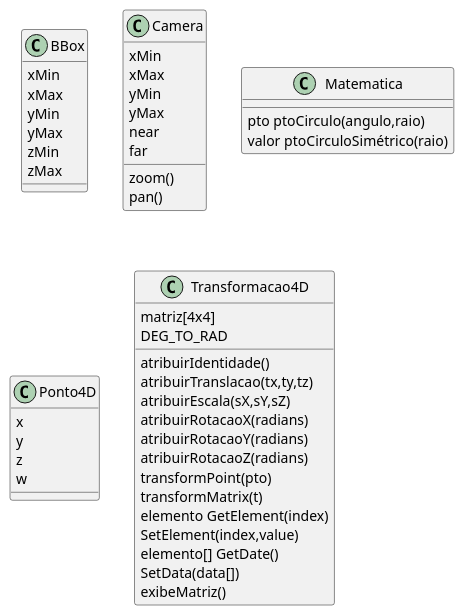
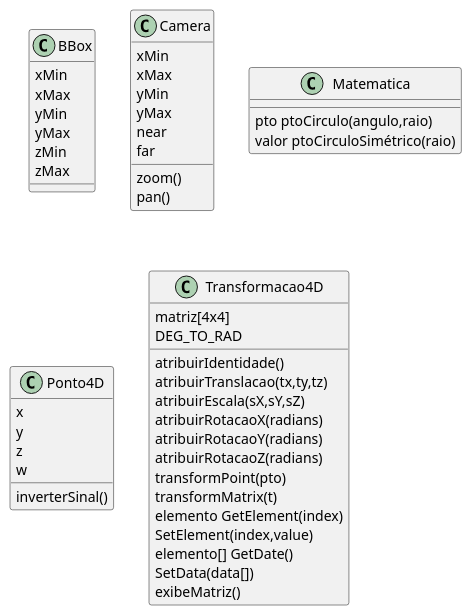
Before and after one commit to gustavospiess/gcg-cg: the diagram in CG_Biblioteca/docs/umlClasses.wsd, drawn with PlantUML.

Commit message:
Acrescentei o método.

```diff
--- a/CG_Biblioteca/docs/umlClasses.wsd
+++ b/CG_Biblioteca/docs/umlClasses.wsd
@@ -1,43 +1,44 @@
 @startuml CG_Biblioteca
 
 BBox : xMin
 BBox : xMax
 BBox : yMin
 BBox : yMax
 BBox : zMin
 BBox : zMax
 
 Camera : xMin
 Camera : xMax
 Camera : yMin
 Camera : yMax
 Camera : near  /' zMin '/
 Camera : far   /' zMax '/
 Camera : zoom()
 Camera : pan()
 
 Matematica : pto ptoCirculo(angulo,raio)
 Matematica : valor ptoCirculoSimétrico(raio)
 
 Ponto4D : x
 Ponto4D : y
 Ponto4D : z
 Ponto4D : w
+Ponto4D : inverterSinal()
 
 Transformacao4D : matriz[4x4]
 Transformacao4D : DEG_TO_RAD
 Transformacao4D : atribuirIdentidade()
 Transformacao4D : atribuirTranslacao(tx,ty,tz)
 Transformacao4D : atribuirEscala(sX,sY,sZ)
 Transformacao4D : atribuirRotacaoX(radians)
 Transformacao4D : atribuirRotacaoY(radians)
 Transformacao4D : atribuirRotacaoZ(radians)
 Transformacao4D : transformPoint(pto)
 Transformacao4D : transformMatrix(t)
 Transformacao4D : elemento GetElement(index)
 Transformacao4D : SetElement(index,value)
 Transformacao4D : elemento[] GetDate()
 Transformacao4D : SetData(data[])
 Transformacao4D : exibeMatriz()
 
 @enduml
```
